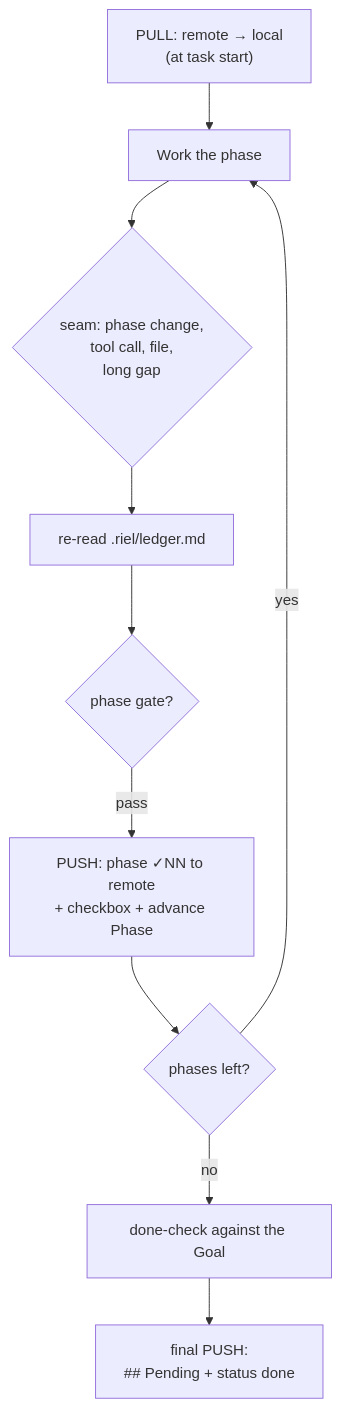
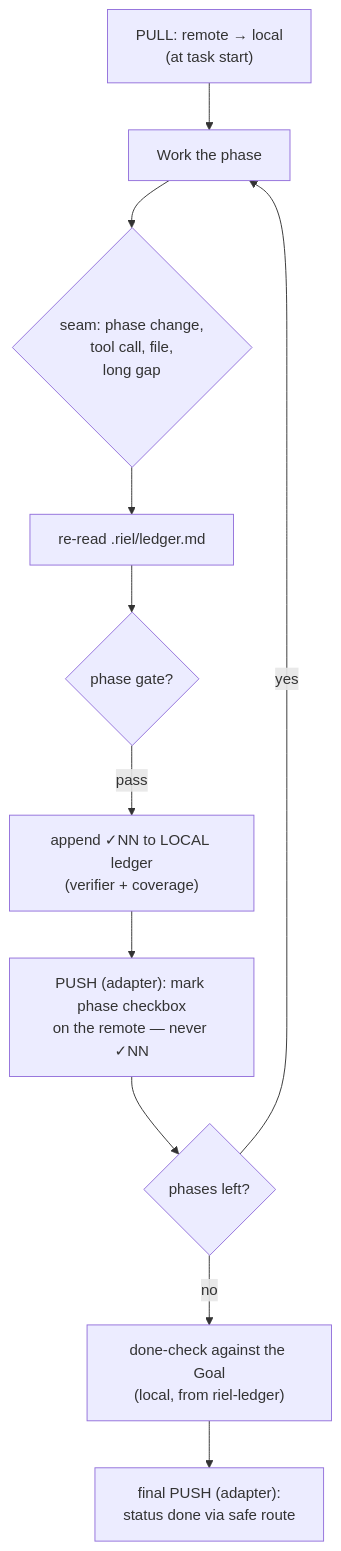
The diagram in specs/spec-pull-push.md (alvarolizama/riel), drawn with Mermaid before and after one commit. The commit also changed other lines of this file and 3 other files, not shown here.

First line of the commit message:
refactor/specs: ✓NN stays local — remote only receives checkboxes + status

````diff
--- a/specs/spec-pull-push.md
+++ b/specs/spec-pull-push.md
@@ -9,12 +19,13 @@
 ```mermaid
 flowchart TD
   P["PULL: remote → local\n(at task start)"] --> W[Work the phase]
   W --> S{"seam: phase change,\ntool call, file,\nlong gap"}
   S --> R["re-read .riel/ledger.md"]
   R --> G{"phase gate?"}
-  G -->|"pass"| PUSH["PUSH: phase ✓NN to remote\n+ checkbox + advance Phase"]
+  G -->|"pass"| APP["append ✓NN to LOCAL ledger\n(verifier + coverage)"]
+  APP --> PUSH["PUSH (adapter): mark phase checkbox\non the remote — never ✓NN"]
   PUSH --> N{phases left?}
   N -->|"yes"| W
-  N -->|"no"| DC["done-check against the Goal"]
-  DC --> FP["final PUSH:\n## Pending + status done"]
+  N -->|"no"| DC["done-check against the Goal\n(local, from riel-ledger)"]
+  DC --> FP["final PUSH (adapter):\nstatus done via safe route"]
 ```
````
